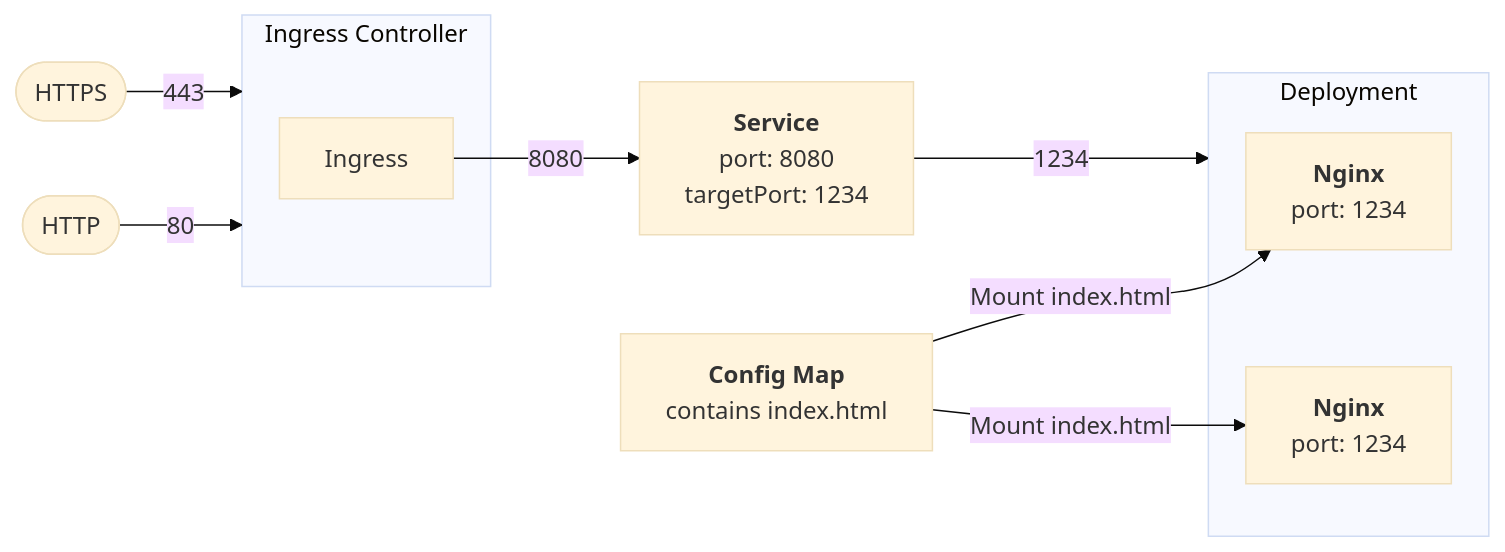
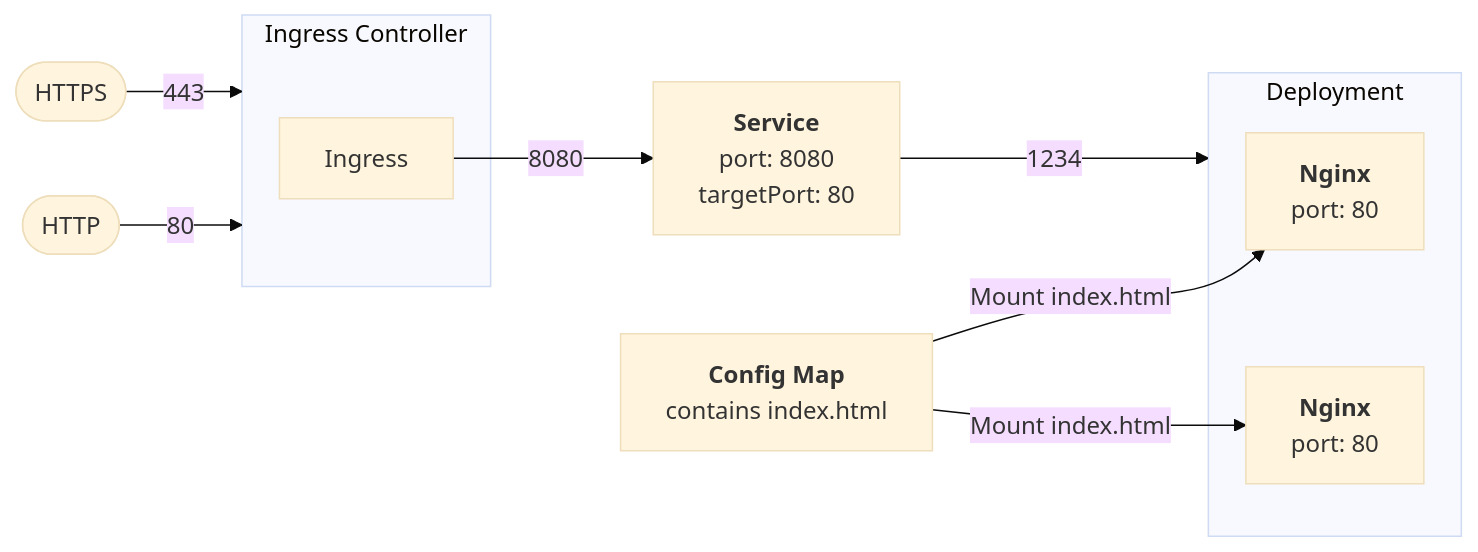
Before and after one commit to Itera/k3s-workshop: the diagram in Exercise 1 - Basic kubectl/README.md, drawn with Mermaid (base theme). The commit also changed other lines of this file, not shown here.

Commit message:
Update port

````diff
--- a/Exercise 1 - Basic kubectl/README.md
+++ b/Exercise 1 - Basic kubectl/README.md
@@ -36,36 +36,36 @@
 ```mermaid
 flowchart LR
     CM["`**Config Map**
     contains index.html`"]
 
     subgraph D[Deployment]
-    
+
     P1["`**Nginx**
-    port: 1234`"]
-    
+    port: 80`"]
+
     P2["`**Nginx**
-    port: 1234`"]
-    
+    port: 80`"]
+
     end
 
     S["`**Service**
     port: 8080
-    targetPort: 1234`"]
+    targetPort: 80`"]
 
     subgraph IC[Ingress Controller]
     I[Ingress]
     end
 
     HTTP([HTTP])
     HTTPS([HTTPS])
 
     HTTP-->|80|IC
     HTTPS-->|443|IC
 
     I-->|8080|S
 
     S-->|1234|D
 
     CM-->|Mount index.html|P1
     CM-->|Mount index.html|P2
 ```
````
